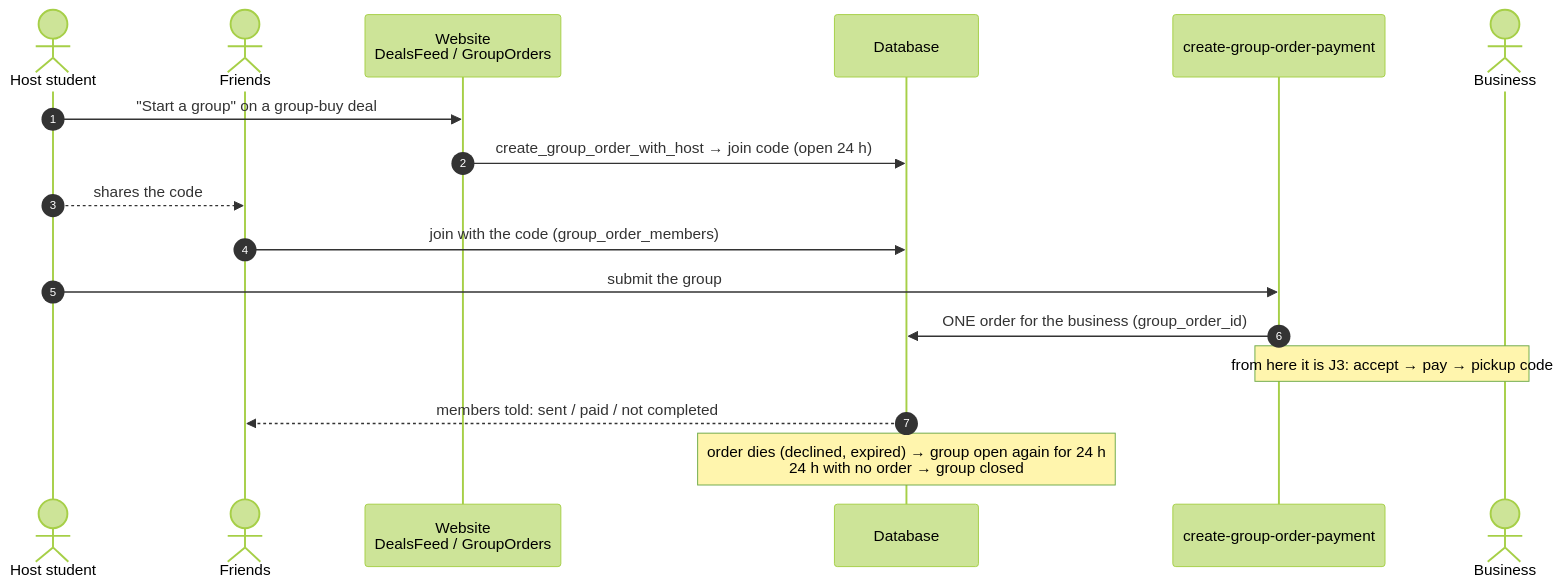
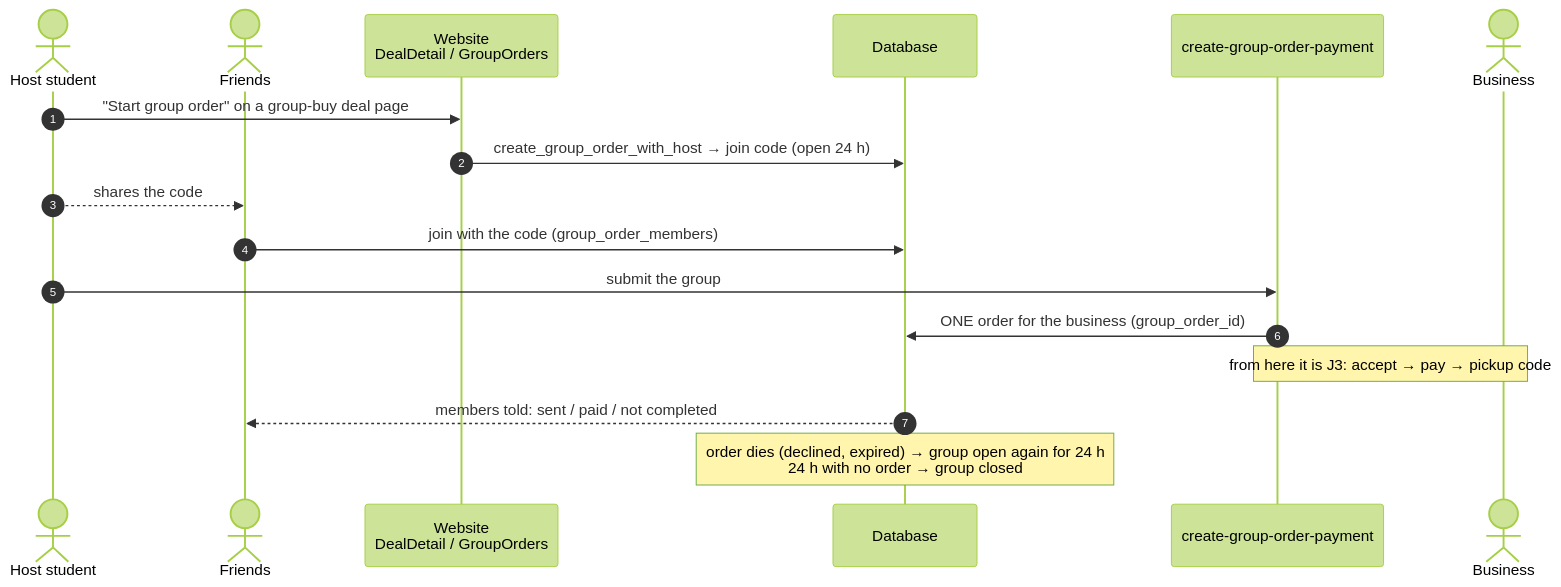
One commit to tangaza360-max/unipicks changed the fifth of 9 diagrams in docs/architecture/03-journeys.md. Above: the diagram before and after it, drawn with Mermaid (forest theme). The commit also changed other lines of this file and 6 other files, not shown here.

````diff
--- a/docs/architecture/03-journeys.md
+++ b/docs/architecture/03-journeys.md
@@ -133,19 +133,19 @@
 ```mermaid
 sequenceDiagram
   autonumber
   actor H as Host student
   actor F as Friends
-  participant W as Website<br/>DealsFeed / GroupOrders
+  participant W as Website<br/>DealDetail / GroupOrders
   participant DB as Database
   participant G as create-group-order-payment
   actor B as Business
-  H->>W: "Start a group" on a group-buy deal
+  H->>W: "Start group order" on a group-buy deal page
   W->>DB: create_group_order_with_host → join code (open 24 h)
   H-->>F: shares the code
   F->>DB: join with the code (group_order_members)
   H->>G: submit the group
   G->>DB: ONE order for the business (group_order_id)
   Note over G,B: from here it is J3: accept → pay → pickup code
   DB-->>F: members told: sent / paid / not completed
   Note over DB: order dies (declined, expired) → group open again for 24 h<br/>24 h with no order → group closed
 ```
````
